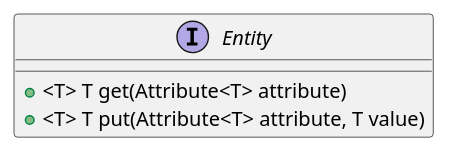
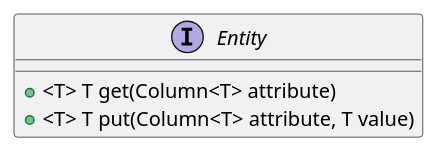
One commit to codion-is/codion changed the diagram in documentation/src/docs/asciidoc/manual/framework-domain-model.adoc. Above: the diagram before and after it, drawn with PlantUML. The commit also changed other lines of this file and 6 other files, not shown here.

```diff
--- a/documentation/src/docs/asciidoc/manual/framework-domain-model.adoc
+++ b/documentation/src/docs/asciidoc/manual/framework-domain-model.adoc
@@ -12,8 +12,8 @@
 [plantuml, entity-diagram, svg, align=center]
 -------------------------------------------
 
 interface Entity {
-    +<T> T get(Attribute<T> attribute)
-    +<T> T put(Attribute<T> attribute, T value)
+    +<T> T get(Column<T> attribute)
+    +<T> T put(Column<T> attribute, T value)
 }
 -------------------------------------------
```
